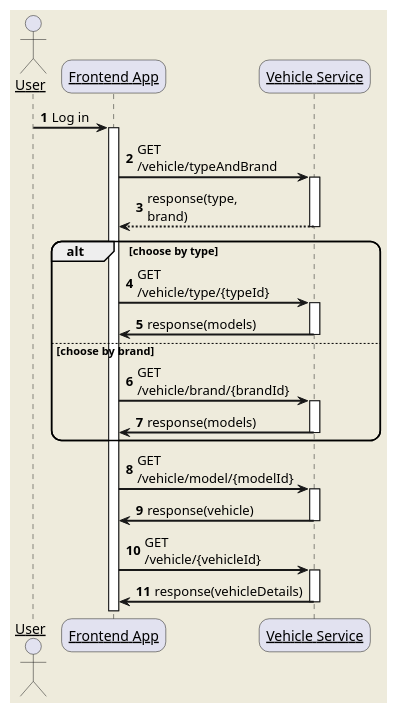
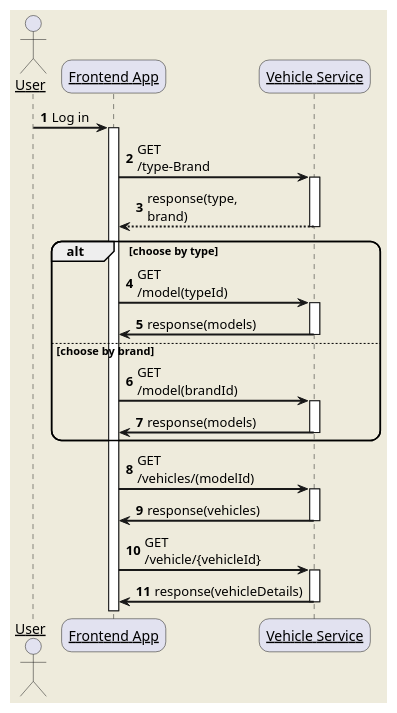
The diagram in doc/sequence/vehicle/vehicle.puml (Hannibal0416/modern-renting-service), drawn with PlantUML before and after one commit. The commit also changed 7 other files, not shown here.

```diff
--- a/doc/sequence/vehicle/vehicle.puml
+++ b/doc/sequence/vehicle/vehicle.puml
@@ -1,44 +1,44 @@
 @startuml
 skinparam backgroundColor #EEEBDC
 skinparam handwritten false
 skinparam sequenceArrowThickness 2
 skinparam roundcorner 20
 skinparam maxmessagesize 60
 skinparam sequenceParticipant underline
 
 actor User
 participant "Frontend App" as Frontend
 participant "Vehicle Service" as VehicleService
 
 autonumber 1
 User -> Frontend: Log in
 activate Frontend
 
-Frontend -> VehicleService: GET /vehicle/typeAndBrand
+Frontend -> VehicleService: GET /type-Brand
 activate VehicleService
 
 VehicleService --> Frontend: response(type, brand)
 deactivate VehicleService
 alt choose by type
-    Frontend -> VehicleService: GET /vehicle/type/{typeId}
+    Frontend -> VehicleService: GET /model(typeId)
     activate VehicleService
     VehicleService -> Frontend: response(models)
     deactivate VehicleService
 else choose by brand
-    Frontend -> VehicleService: GET /vehicle/brand/{brandId}
+    Frontend -> VehicleService: GET /model(brandId)
     activate VehicleService
     VehicleService -> Frontend: response(models)
     deactivate VehicleService
 end
 
-Frontend -> VehicleService : GET /vehicle/model/{modelId}
+Frontend -> VehicleService : GET /vehicles/(modelId)
 activate VehicleService
-VehicleService -> Frontend: response(vehicle)
+VehicleService -> Frontend: response(vehicles)
 deactivate VehicleService
 
 Frontend -> VehicleService : GET /vehicle/{vehicleId}
 activate VehicleService
 VehicleService -> Frontend: response(vehicleDetails)
 deactivate VehicleService
 
 @enduml
```
